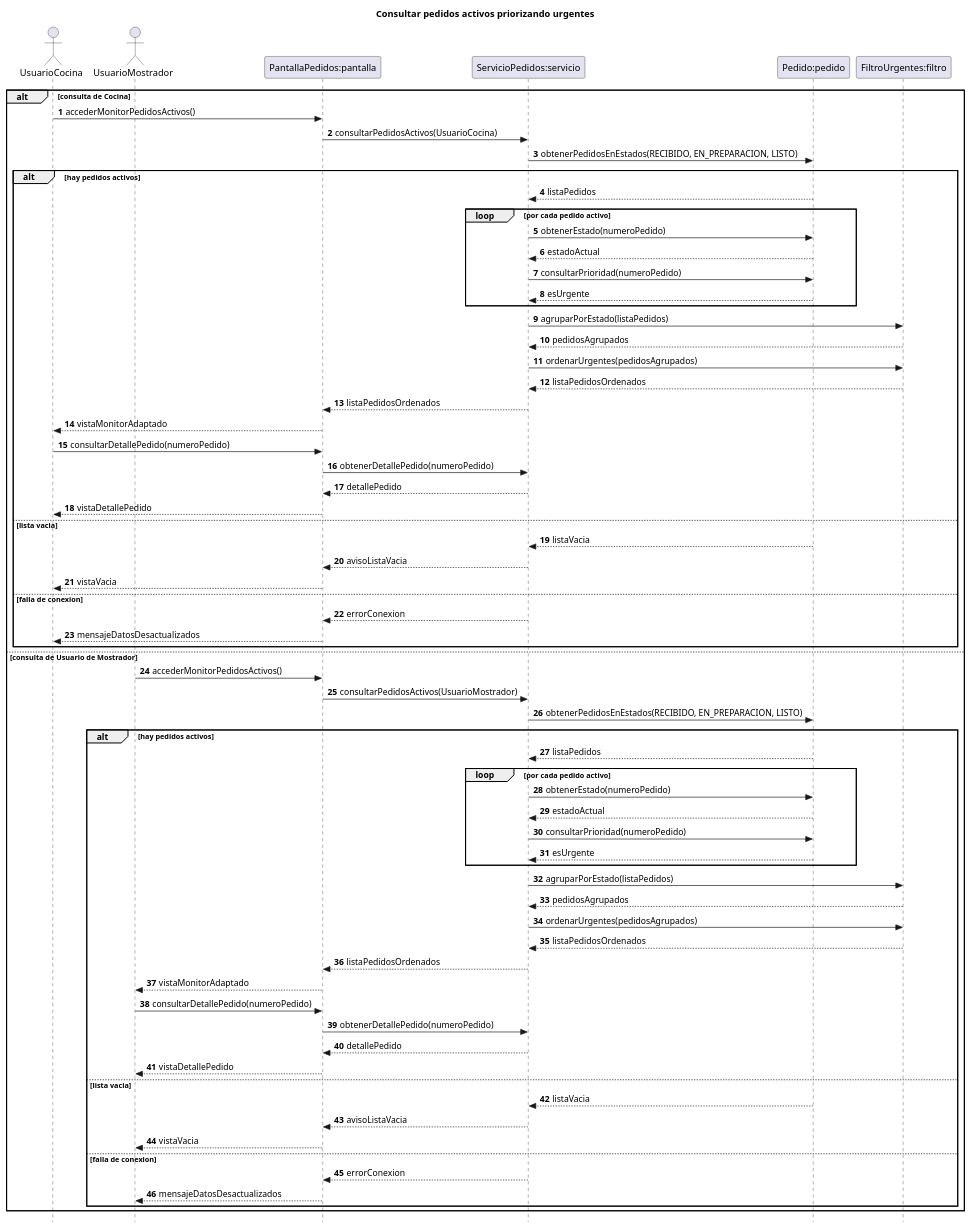
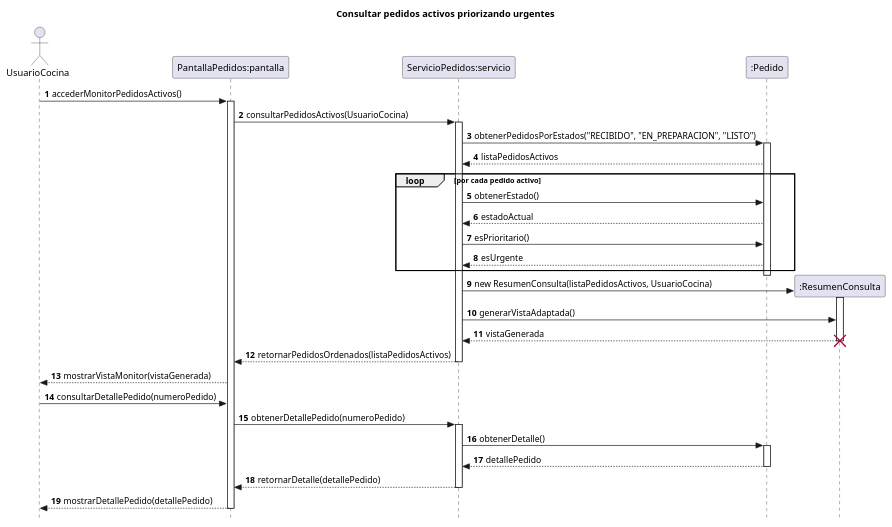
The diagram in diagramas/05-diagramas-secuencia/05-secuencia-consultar-pedidos-activos-prioridad-urgentes-05.puml (eloeyhe/SistemaPedidos), drawn with PlantUML before and after one commit. The commit also changed 6 other files, not shown here.

```diff
--- a/diagramas/05-diagramas-secuencia/05-secuencia-consultar-pedidos-activos-prioridad-urgentes-05.puml
+++ b/diagramas/05-diagramas-secuencia/05-secuencia-consultar-pedidos-activos-prioridad-urgentes-05.puml
@@ -1,75 +1,64 @@
 @startuml
 title Consultar pedidos activos priorizando urgentes
+
 autonumber
 skinparam style strictuml
 hide footbox
 
 actor UsuarioCocina
-actor UsuarioMostrador
 participant "PantallaPedidos:pantalla" as pantalla
 participant "ServicioPedidos:servicio" as servicio
-participant "Pedido:pedido" as pedido
-participant "FiltroUrgentes:filtro" as filtro
+participant ":Pedido" as pedido
+participant ":ResumenConsulta" as resumen
 
-alt consulta de Cocina
-    UsuarioCocina -> pantalla : accederMonitorPedidosActivos()
-    pantalla -> servicio : consultarPedidosActivos(UsuarioCocina)
-    servicio -> pedido : obtenerPedidosEnEstados(RECIBIDO, EN_PREPARACION, LISTO)
-    alt hay pedidos activos
-        pedido --> servicio : listaPedidos
-        loop por cada pedido activo
-            servicio -> pedido : obtenerEstado(numeroPedido)
-            pedido --> servicio : estadoActual
-            servicio -> pedido : consultarPrioridad(numeroPedido)
-            pedido --> servicio : esUrgente
-        end
-        servicio -> filtro : agruparPorEstado(listaPedidos)
-        filtro --> servicio : pedidosAgrupados
-        servicio -> filtro : ordenarUrgentes(pedidosAgrupados)
-        filtro --> servicio : listaPedidosOrdenados
-        servicio --> pantalla : listaPedidosOrdenados
-        pantalla --> UsuarioCocina : vistaMonitorAdaptado
-        UsuarioCocina -> pantalla : consultarDetallePedido(numeroPedido)
-        pantalla -> servicio : obtenerDetallePedido(numeroPedido)
-        servicio --> pantalla : detallePedido
-        pantalla --> UsuarioCocina : vistaDetallePedido
-    else lista vacia
-        pedido --> servicio : listaVacia
-        servicio --> pantalla : avisoListaVacia
-        pantalla --> UsuarioCocina : vistaVacia
-    else falla de conexion
-        servicio --> pantalla : errorConexion
-        pantalla --> UsuarioCocina : mensajeDatosDesactualizados
-    end
-else consulta de Usuario de Mostrador
-    UsuarioMostrador -> pantalla : accederMonitorPedidosActivos()
-    pantalla -> servicio : consultarPedidosActivos(UsuarioMostrador)
-    servicio -> pedido : obtenerPedidosEnEstados(RECIBIDO, EN_PREPARACION, LISTO)
-    alt hay pedidos activos
-        pedido --> servicio : listaPedidos
-        loop por cada pedido activo
-            servicio -> pedido : obtenerEstado(numeroPedido)
-            pedido --> servicio : estadoActual
-            servicio -> pedido : consultarPrioridad(numeroPedido)
-            pedido --> servicio : esUrgente
-        end
-        servicio -> filtro : agruparPorEstado(listaPedidos)
-        filtro --> servicio : pedidosAgrupados
-        servicio -> filtro : ordenarUrgentes(pedidosAgrupados)
-        filtro --> servicio : listaPedidosOrdenados
-        servicio --> pantalla : listaPedidosOrdenados
-        pantalla --> UsuarioMostrador : vistaMonitorAdaptado
-        UsuarioMostrador -> pantalla : consultarDetallePedido(numeroPedido)
-        pantalla -> servicio : obtenerDetallePedido(numeroPedido)
-        servicio --> pantalla : detallePedido
-        pantalla --> UsuarioMostrador : vistaDetallePedido
-    else lista vacia
-        pedido --> servicio : listaVacia
-        servicio --> pantalla : avisoListaVacia
-        pantalla --> UsuarioMostrador : vistaVacia
-    else falla de conexion
-        servicio --> pantalla : errorConexion
-        pantalla --> UsuarioMostrador : mensajeDatosDesactualizados
-    end
+UsuarioCocina -> pantalla : accederMonitorPedidosActivos()
+activate pantalla
+
+pantalla -> servicio : consultarPedidosActivos(UsuarioCocina)
+activate servicio
+
+servicio -> pedido : obtenerPedidosPorEstados("RECIBIDO", "EN_PREPARACION", "LISTO")
+activate pedido
+
+pedido --> servicio : listaPedidosActivos
+
+loop por cada pedido activo
+    servicio -> pedido : obtenerEstado()
+    pedido --> servicio : estadoActual
+    servicio -> pedido : esPrioritario()
+    pedido --> servicio : esUrgente
 end
+
+deactivate pedido
+
+create resumen
+servicio -> resumen : new ResumenConsulta(listaPedidosActivos, UsuarioCocina)
+activate resumen
+
+servicio -> resumen : generarVistaAdaptada()
+resumen --> servicio : vistaGenerada
+deactivate resumen
+destroy resumen
+
+servicio --> pantalla : retornarPedidosOrdenados(listaPedidosActivos)
+deactivate servicio
+
+pantalla --> UsuarioCocina : mostrarVistaMonitor(vistaGenerada)
+
+UsuarioCocina -> pantalla : consultarDetallePedido(numeroPedido)
+pantalla -> servicio : obtenerDetallePedido(numeroPedido)
+activate servicio
+
+servicio -> pedido : obtenerDetalle()
+activate pedido
+
+pedido --> servicio : detallePedido
+deactivate pedido
+
+servicio --> pantalla : retornarDetalle(detallePedido)
+deactivate servicio
+
+pantalla --> UsuarioCocina : mostrarDetallePedido(detallePedido)
+deactivate pantalla
+
 @enduml
```
